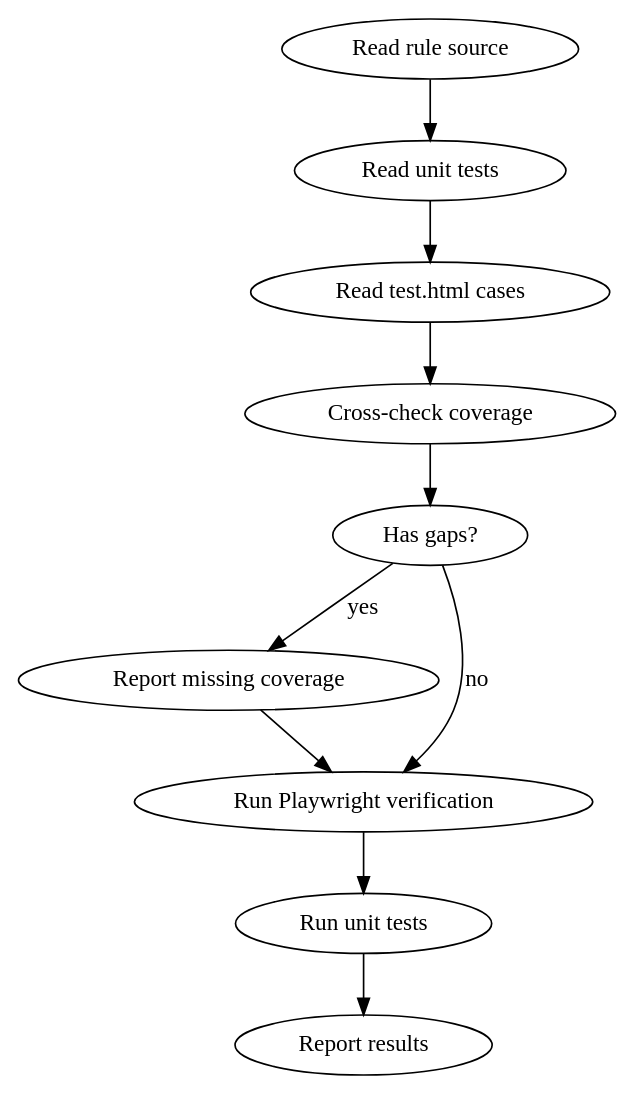
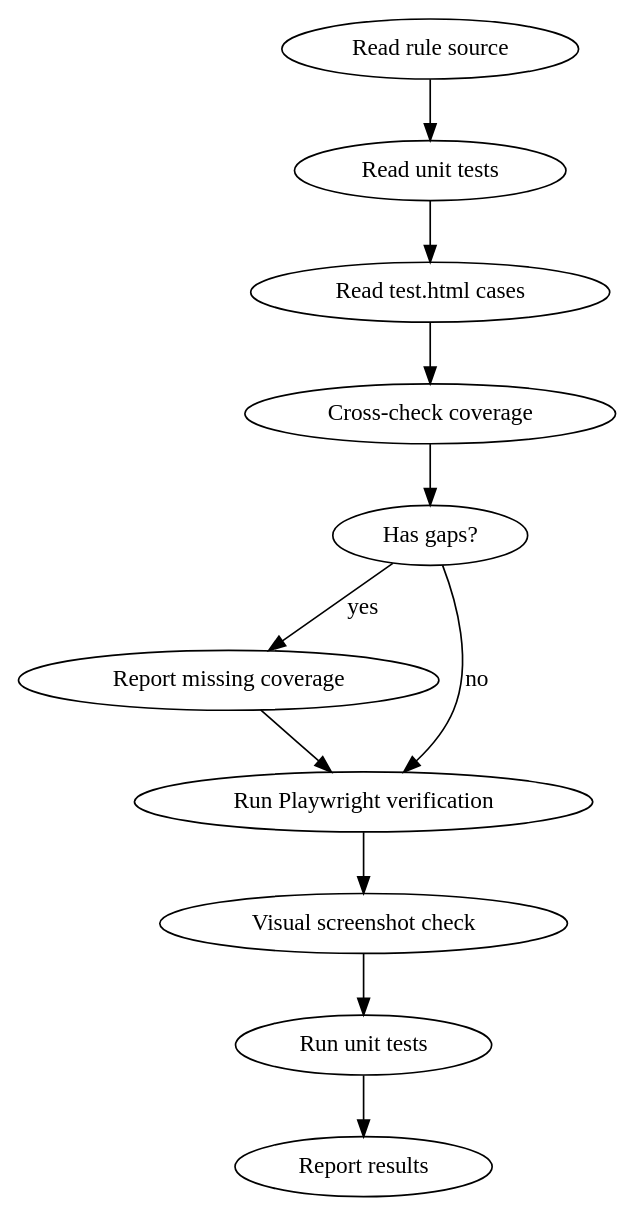
Before and after one commit to purupurupu/css-noop-checker: the diagram in .claude/skills/verify-rule/SKILL.md, drawn with Graphviz. The commit also changed other lines of this file, not shown here.

First line of the commit message:
feat: add visual screenshot verification step to verify-rule skill

````diff
--- a/.claude/skills/verify-rule/SKILL.md
+++ b/.claude/skills/verify-rule/SKILL.md
@@ -30,14 +30,15 @@
 ```dot
 digraph verify {
   rankdir=TB;
   "Read rule source" -> "Read unit tests";
   "Read unit tests" -> "Read test.html cases";
   "Read test.html cases" -> "Cross-check coverage";
   "Cross-check coverage" -> "Has gaps?" [shape=diamond];
   "Has gaps?" -> "Report missing coverage" [label="yes"];
   "Has gaps?" -> "Run Playwright verification" [label="no"];
   "Report missing coverage" -> "Run Playwright verification";
-  "Run Playwright verification" -> "Run unit tests";
+  "Run Playwright verification" -> "Visual screenshot check";
+  "Visual screenshot check" -> "Run unit tests";
   "Run unit tests" -> "Report results";
 }
 ```
````
